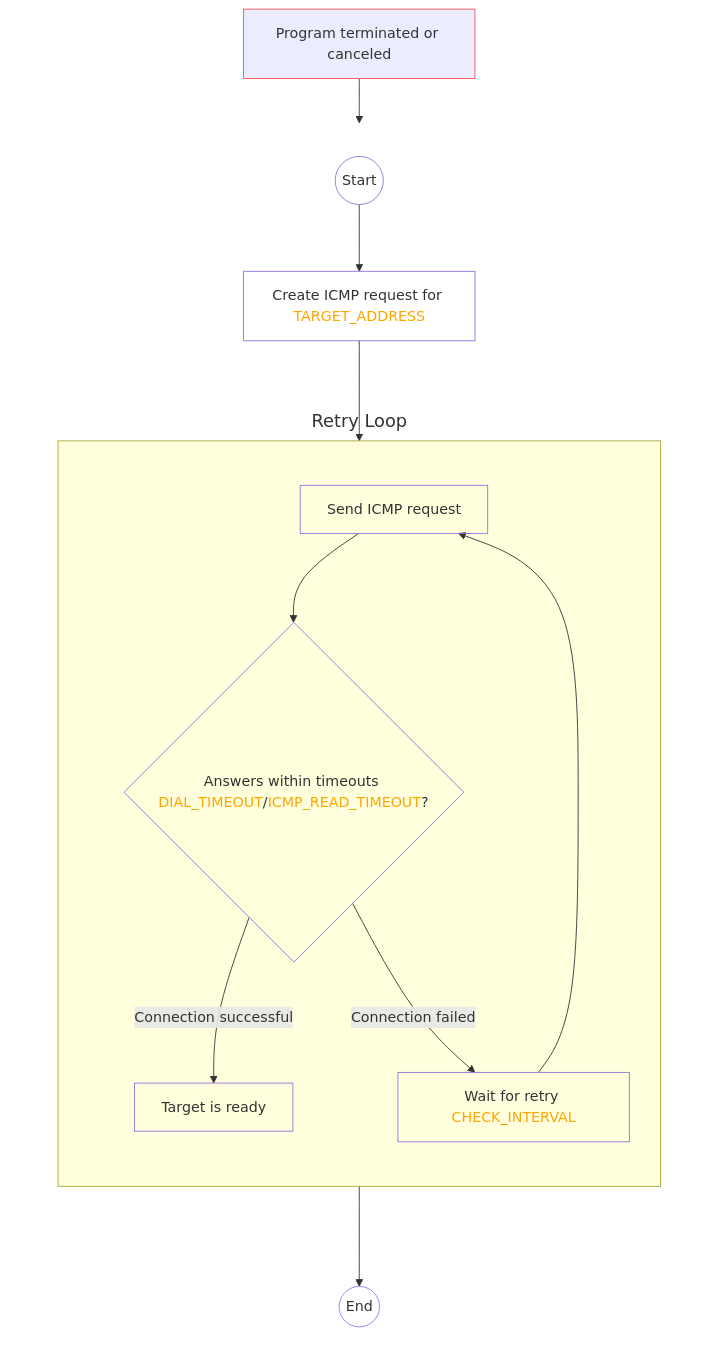
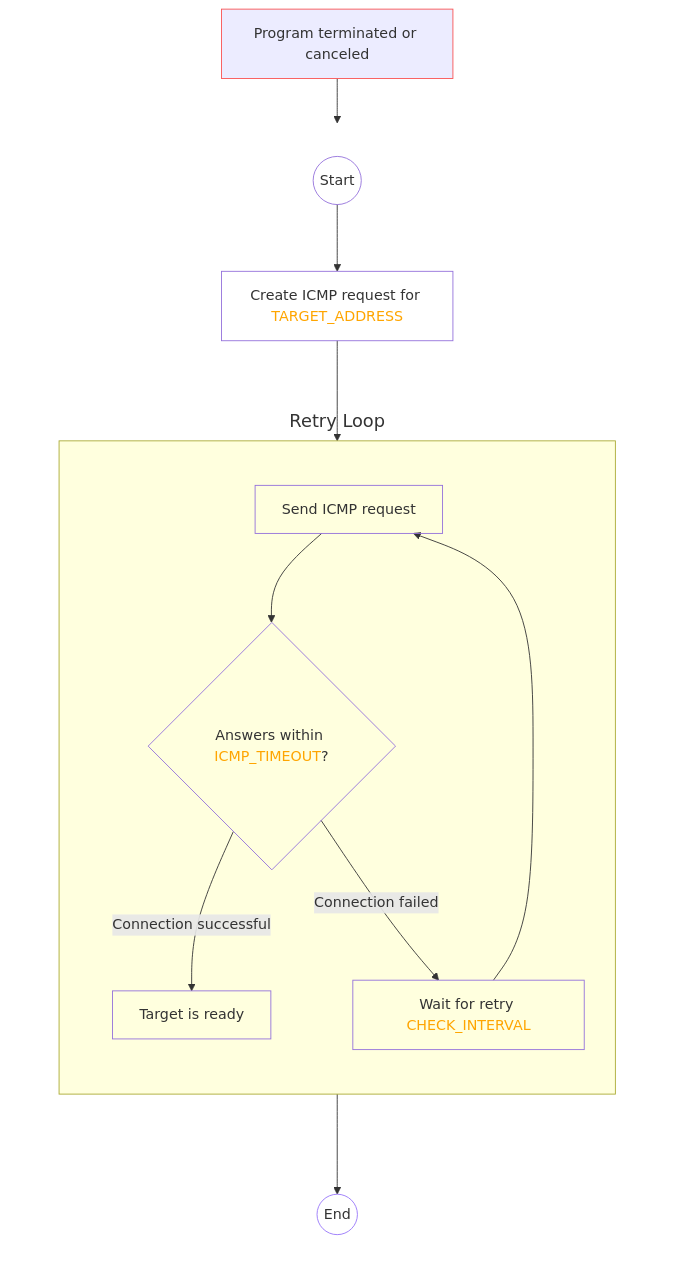
The third of 3 diagrams in README.md (containeroo/never), drawn with Mermaid before and after one commit. The commit also changed other lines of this file and 18 other files, not shown here.

````diff
--- a/README.md
+++ b/README.md
@@ -289,39 +316,39 @@
 ```mermaid
 flowchart TD;
     direction TB
     classDef noFill fill:none;
     classDef violet stroke:#9775fa;
     classDef green stroke:#2f9e44;
     classDef error stroke:#fa5252;
     classDef decision stroke:#1971c2;
     classDef transparent stroke:none,font-size:20px;
 
     subgraph MainFlow[ ]
         direction TB
         processStart((Start)) --> createRequest[Create ICMP request for <font color=orange>TARGET_ADDRESS</font>];
         class start processStart;
 
         createRequest --> sendRequest[Send ICMP request];
 
         subgraph RetryLoop[Retry Loop]
             subgraph InnerLoop[ ]
                 direction TB
-                sendRequest --> checkTimeout{Answers within timeouts <font color=orange>DIAL_TIMEOUT</font>/<font color=orange>ICMP_READ_TIMEOUT</font>?};
+                sendRequest --> checkTimeout{Answers within <font color=orange>ICMP_TIMEOUT</font>?};
 
                 checkTimeout -->|Connection successful| targetReady[Target is ready];
                 checkTimeout -->|Connection failed| waitRetry[Wait for retry <font color=orange>CHECK_INTERVAL</font>];
                 waitRetry --> sendRequest;
 
             end
         end
 
     targetReady --> processEnd((End));
     class processEnd violet;
     end
 
     programTerminated[Program terminated or canceled] --> processEnd;
     class programTerminated error;
 
 class processStart,createRequest,sendRequest,checkTimeout,targetReady,waitRetry,processEnd,MainFlow,RetryLoop noFill;
 class MainFlow,RetryLoop transparent;
 ```
````
